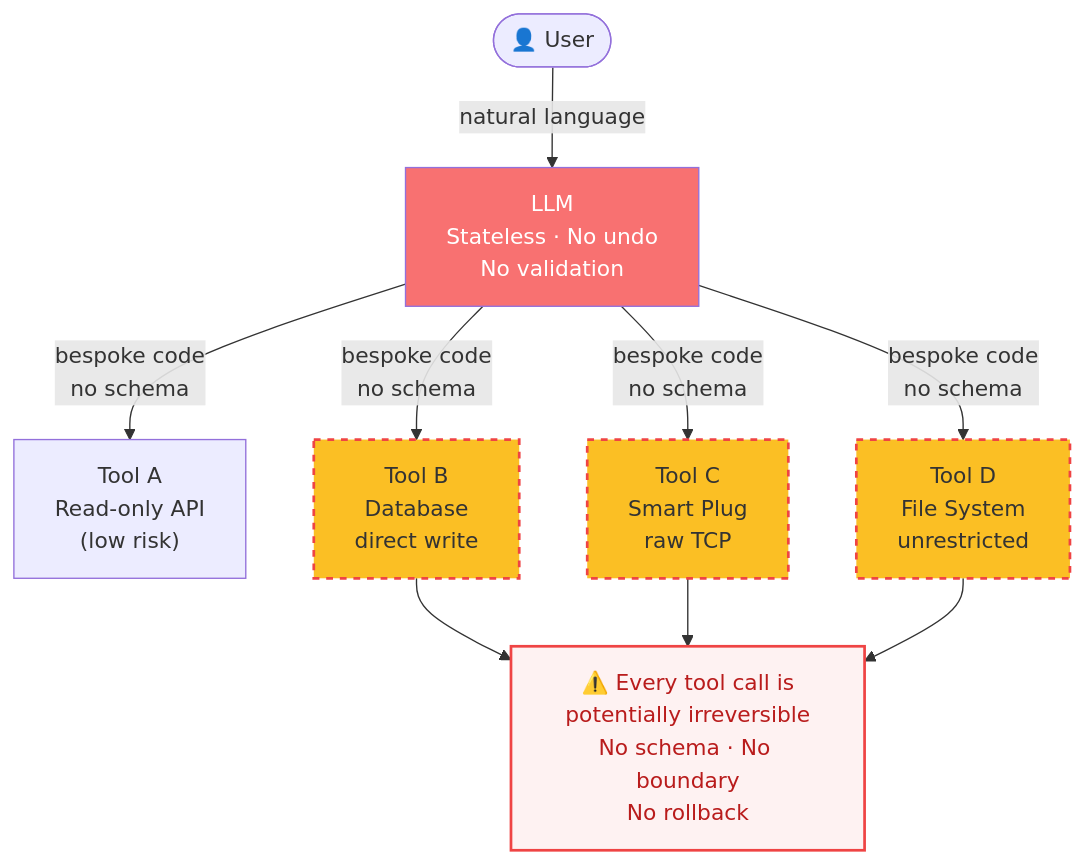
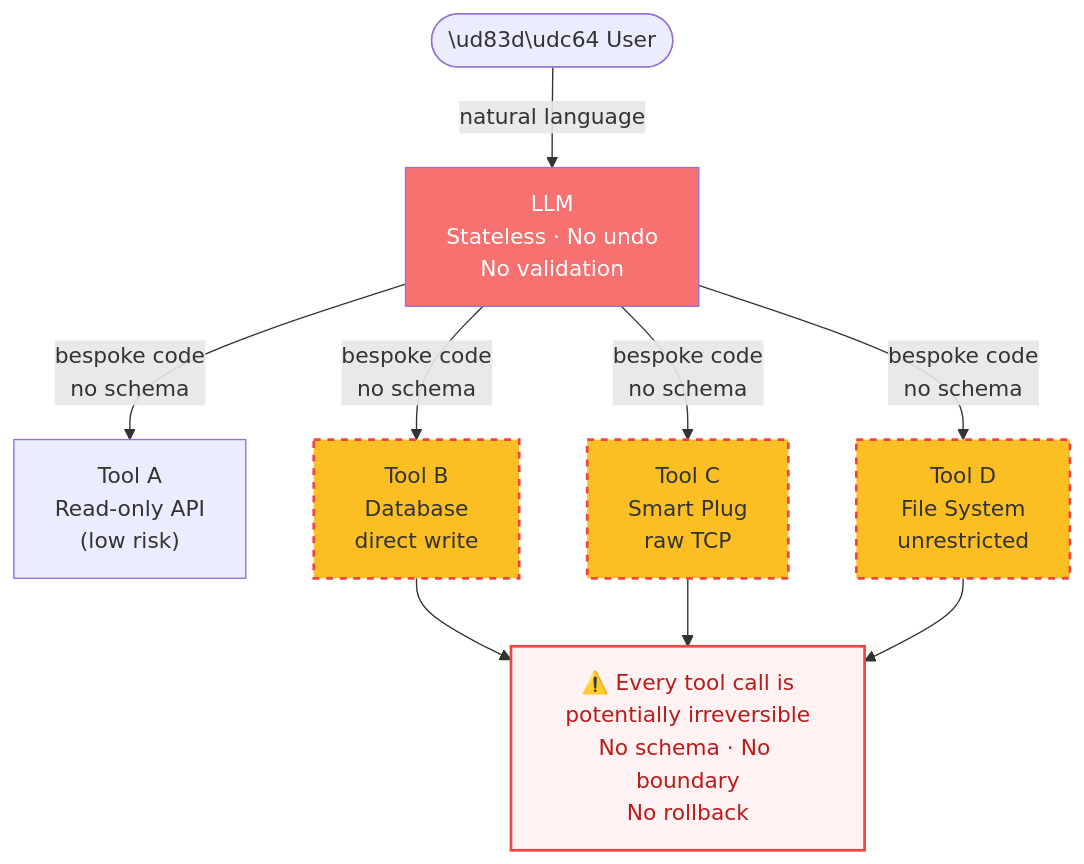
Before and after one commit to mohitagr18/ch08-model-context-protocol: the first of 8 diagrams in workflow/workflow.md, drawn with Mermaid. The commit also changed other lines of this file and 1 other file, not shown here.

Commit message:
Cleanup: update workflow diagram for dual-LLM; update root README structure tree

````diff
--- a/workflow/workflow.md
+++ b/workflow/workflow.md
@@ -17,23 +17,23 @@
 ```mermaid
 flowchart TD
-    U(["👤 User"])
+    U(["\ud83d\udc64 User"])
     LLM["LLM\nStateless · No undo\nNo validation"]
     T1["Tool A\nRead-only API\n(low risk)"]
     T2["Tool B\nDatabase\ndirect write"]
     T3["Tool C\nSmart Plug\nraw TCP"]
     T4["Tool D\nFile System\nunrestricted"]
     WARN["⚠️ Every tool call is\npotentially irreversible\nNo schema · No boundary\nNo rollback"]
 
     U -->|natural language| LLM
     LLM -->|"bespoke code\nno schema"| T1
     LLM -->|"bespoke code\nno schema"| T2
     LLM -->|"bespoke code\nno schema"| T3
     LLM -->|"bespoke code\nno schema"| T4
     T2 & T3 & T4 --> WARN
 
     style LLM fill:#f87171,color:#fff
     style T2 fill:#fbbf24,stroke:#ef4444,stroke-width:2px,stroke-dasharray:5 5
     style T3 fill:#fbbf24,stroke:#ef4444,stroke-width:2px,stroke-dasharray:5 5
     style T4 fill:#fbbf24,stroke:#ef4444,stroke-width:2px,stroke-dasharray:5 5
     style WARN fill:#fef2f2,stroke:#ef4444,stroke-width:2px,color:#b91c1c
 ```
````
